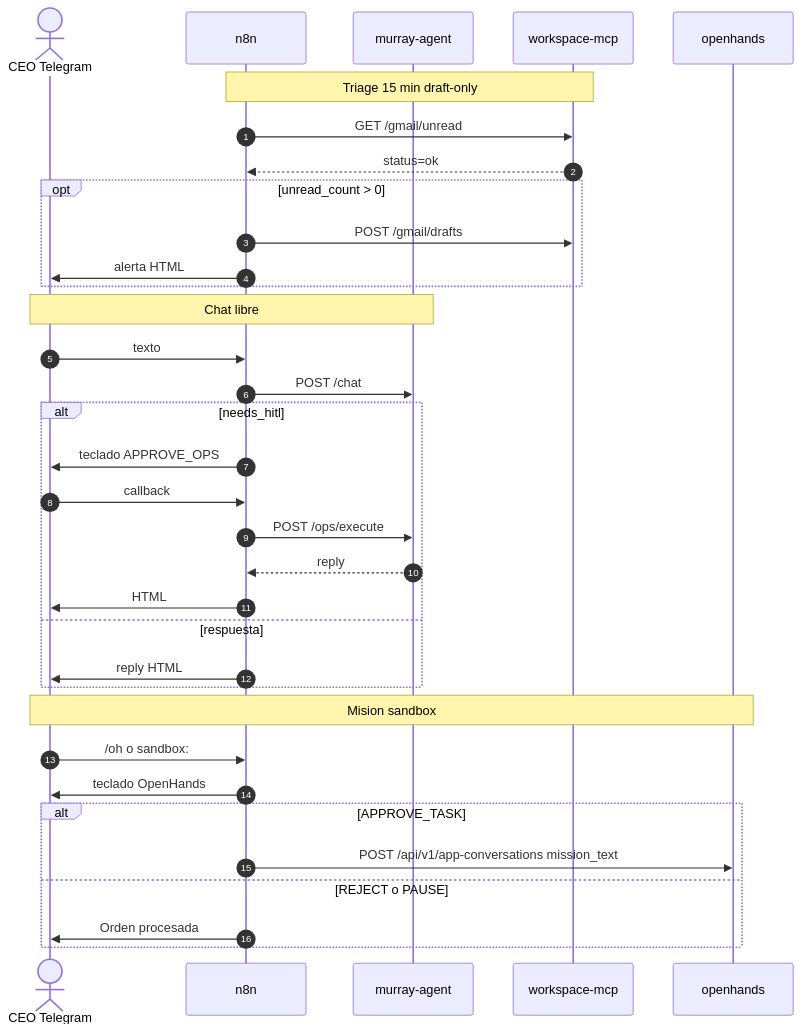
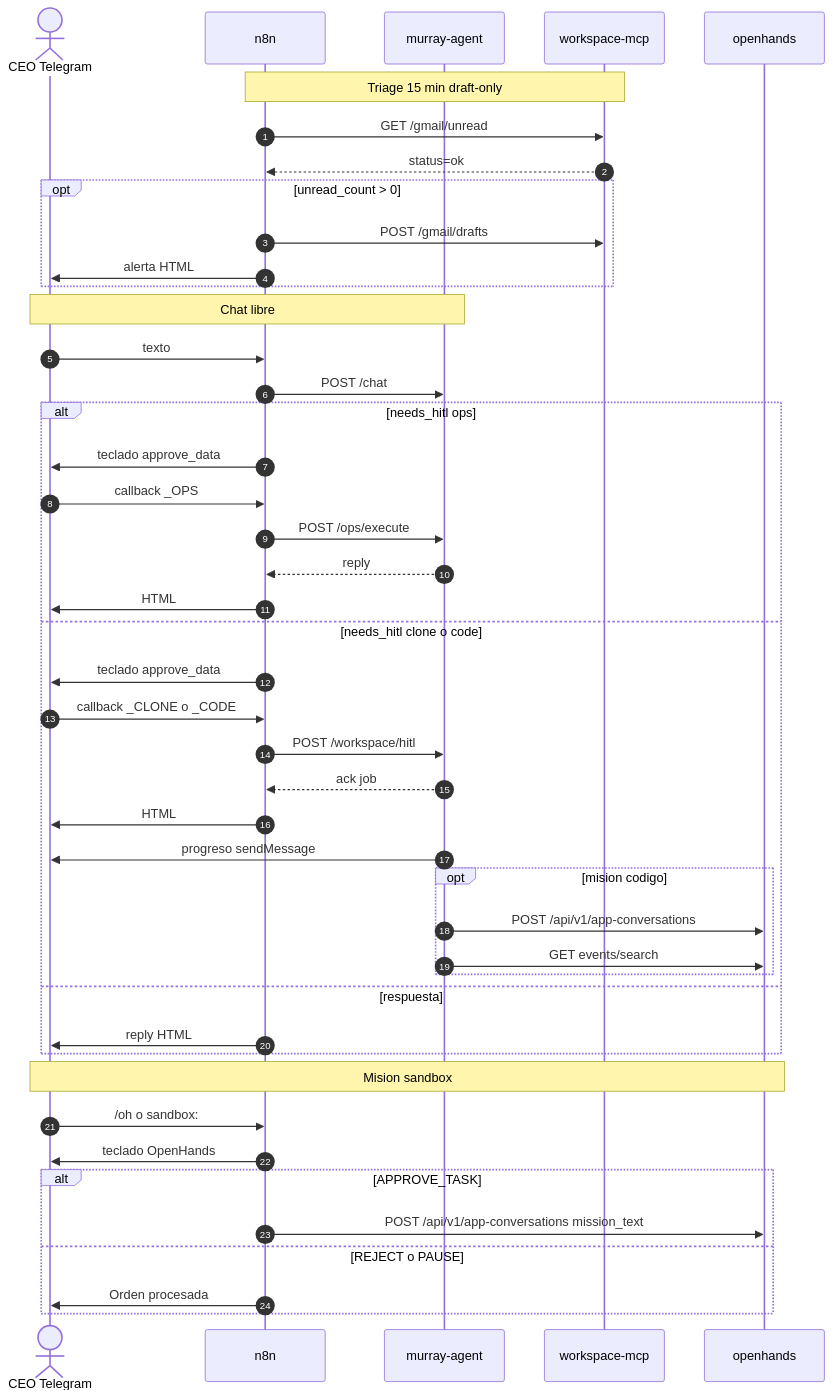
One commit to murray-threepwood/melee-infra changed the second of 2 diagrams in architecture_spec.md. Above: the diagram before and after it, drawn with Mermaid. The commit also changed other lines of this file and 35 other files, not shown here.

````diff
--- a/architecture_spec.md
+++ b/architecture_spec.md
@@ -87,39 +91,50 @@
 ```mermaid
 sequenceDiagram
     autonumber
     actor CEO as CEO Telegram
     participant N8N as n8n
     participant Agent as murray-agent
     participant MCP as workspace-mcp
     participant OH as openhands
 
     Note over N8N,MCP: Triage 15 min draft-only
     N8N->>MCP: GET /gmail/unread
     MCP-->>N8N: status=ok
     opt unread_count > 0
         N8N->>MCP: POST /gmail/drafts
         N8N->>CEO: alerta HTML
     end
 
     Note over CEO,Agent: Chat libre
     CEO->>N8N: texto
     N8N->>Agent: POST /chat
-    alt needs_hitl
-        N8N->>CEO: teclado APPROVE_OPS
-        CEO->>N8N: callback
+    alt needs_hitl ops
+        N8N->>CEO: teclado approve_data
+        CEO->>N8N: callback _OPS
         N8N->>Agent: POST /ops/execute
         Agent-->>N8N: reply
         N8N->>CEO: HTML
+    else needs_hitl clone o code
+        N8N->>CEO: teclado approve_data
+        CEO->>N8N: callback _CLONE o _CODE
+        N8N->>Agent: POST /workspace/hitl
+        Agent-->>N8N: ack job
+        N8N->>CEO: HTML
+        Agent->>CEO: progreso sendMessage
+        opt mision codigo
+            Agent->>OH: POST /api/v1/app-conversations
+            Agent->>OH: GET events/search
+        end
     else respuesta
         N8N->>CEO: reply HTML
     end
 
     Note over CEO,OH: Mision sandbox
     CEO->>N8N: /oh o sandbox:
     N8N->>CEO: teclado OpenHands
     alt APPROVE_TASK
         N8N->>OH: POST /api/v1/app-conversations mission_text
     else REJECT o PAUSE
         N8N->>CEO: Orden procesada
     end
 ```
````
